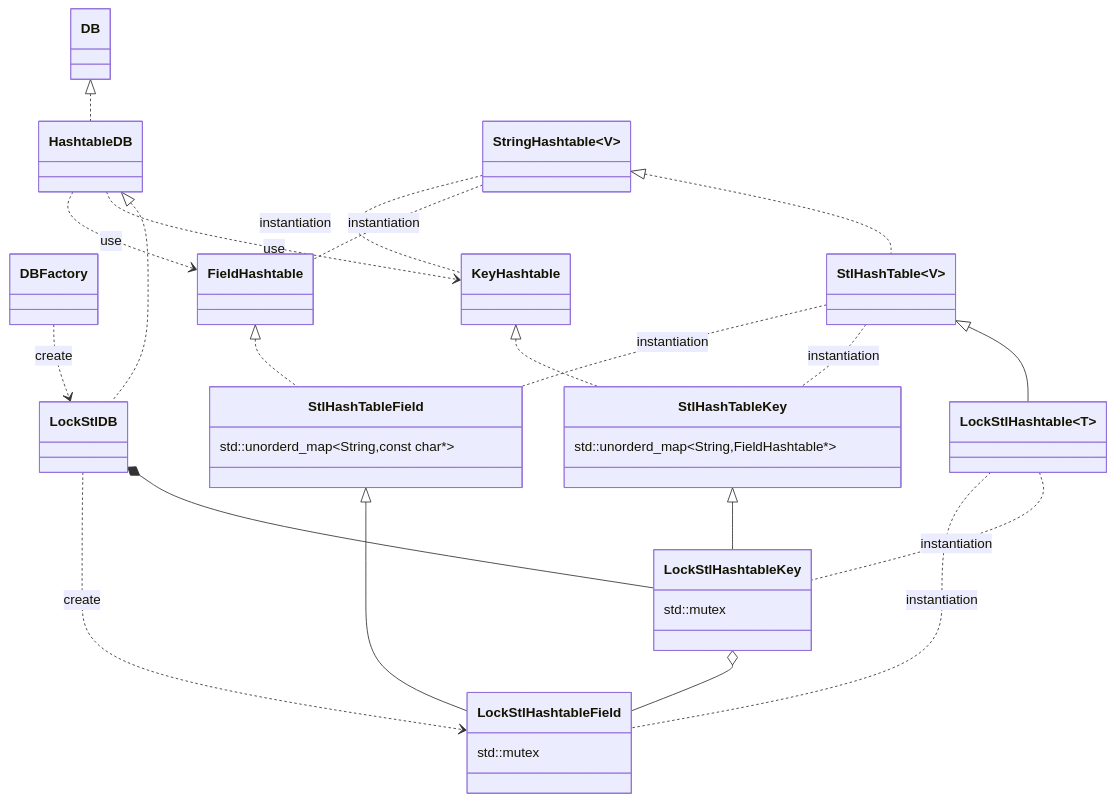
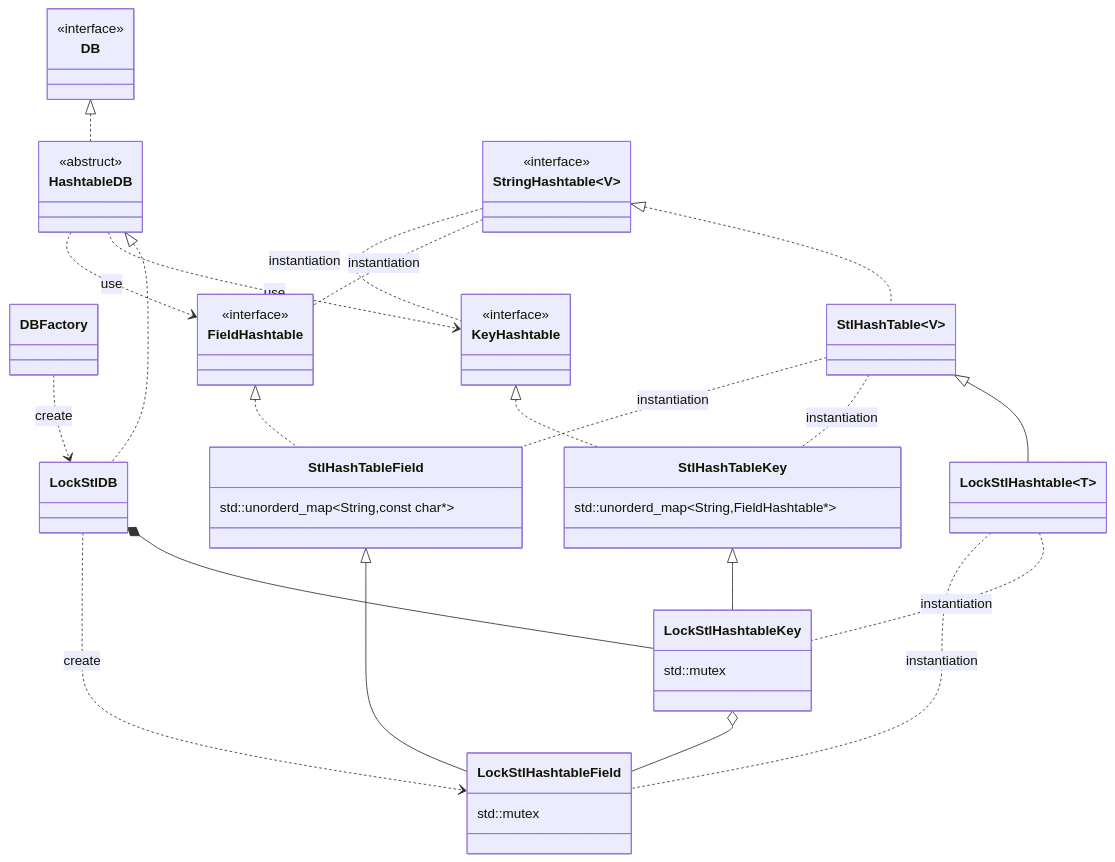
Before and after one commit to range3/kvs-evaluation: the diagram in README.md, drawn with Mermaid. The commit also changed other lines of this file and 3 other files, not shown here.

````diff
--- a/README.md
+++ b/README.md
@@ -14,49 +25,54 @@
 ```mermaid
 classDiagram
 class DBFactory
 class DB
+<<interface>> DB
 class HashtableDB
+<<abstruct>> HashtableDB
 class LockStlDB
 class StringHashtable~V~
+<<interface>> StringHashtable
 class KeyHashtable
+<<interface>> KeyHashtable
 class FieldHashtable
+<<interface>> FieldHashtable
 class StlHashTable~V~
 class StlHashTableKey {
   std::unorderd_map~String,FieldHashtable*~
 }
 class StlHashTableField {
   std::unorderd_map~String,const char*~
 }
 class LockStlHashtable~T~
 class LockStlHashtableKey {
   std::mutex
 }
 class LockStlHashtableField {
   std::mutex
 }
 
 DBFactory ..> LockStlDB : create
 LockStlDB *-- LockStlHashtableKey
 LockStlHashtableKey o-- LockStlHashtableField
 LockStlDB ..> LockStlHashtableField : create
 
 DB <|.. HashtableDB
 HashtableDB <|.. LockStlDB
 StringHashtable <|.. StlHashTable
 StlHashTable <|--LockStlHashtable
 
 StringHashtable .. FieldHashtable : instantiation
 StringHashtable .. KeyHashtable : instantiation
 StlHashTable .. StlHashTableKey : instantiation
 StlHashTable .. StlHashTableField : instantiation
 LockStlHashtable .. LockStlHashtableKey : instantiation
 LockStlHashtable .. LockStlHashtableField : instantiation
 
 StlHashTableKey  <|-- LockStlHashtableKey
 StlHashTableField  <|-- LockStlHashtableField
 KeyHashtable <|.. StlHashTableKey
 FieldHashtable <|.. StlHashTableField
 
 HashtableDB ..> KeyHashtable : use
 HashtableDB ..> FieldHashtable : use
 ```
````
